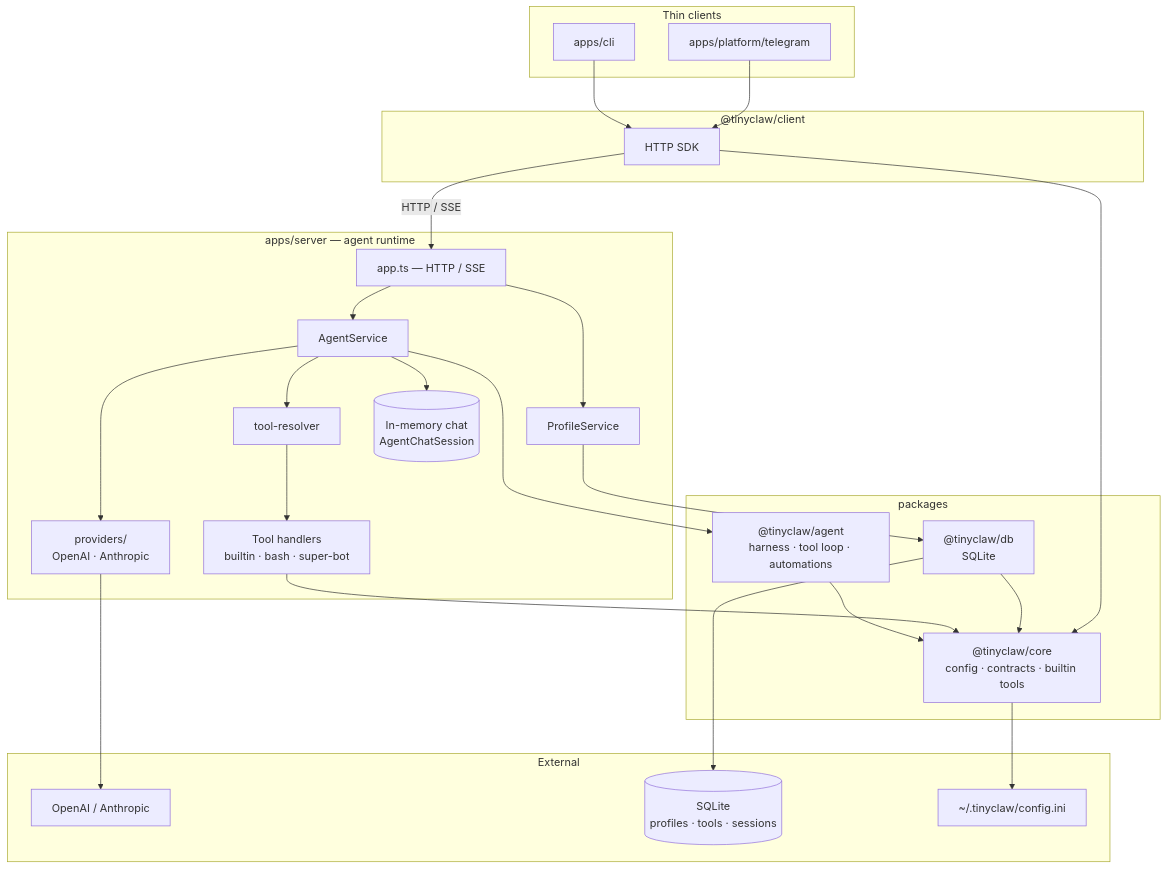
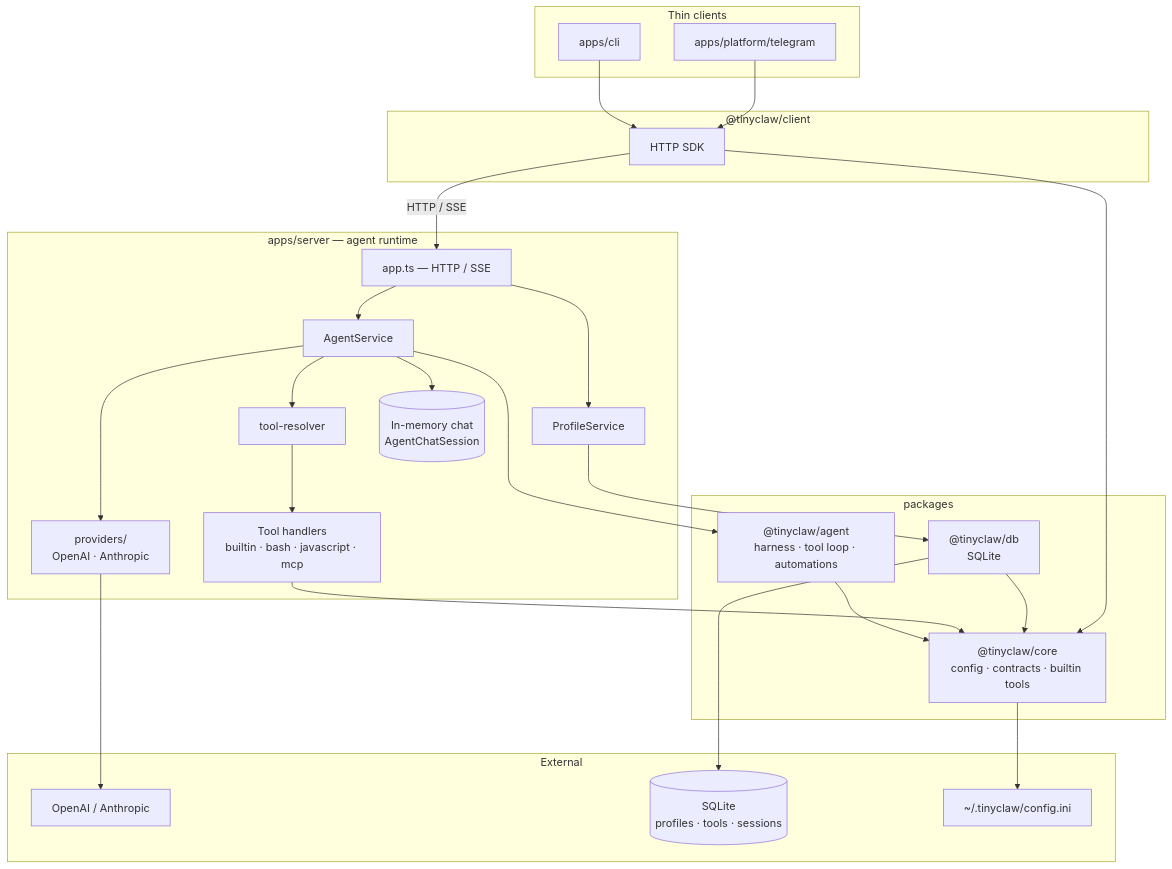
One commit to ahmadrosid/tinyclaw changed the diagram in ARCHITECTURE.md. Above: the diagram before and after it, drawn with Mermaid. The commit also changed other lines of this file and 30 other files, not shown here.

````diff
--- a/ARCHITECTURE.md
+++ b/ARCHITECTURE.md
@@ -9,52 +9,52 @@
 ```mermaid
 flowchart TB
   subgraph clients ["Thin clients"]
     cli["apps/cli"]
     telegram["apps/platform/telegram"]
   end
 
   subgraph sdk ["@tinyclaw/client"]
     httpSdk["HTTP SDK"]
   end
 
   subgraph server ["apps/server — agent runtime"]
     app["app.ts — HTTP / SSE"]
     agentSvc["AgentService"]
     profileSvc["ProfileService"]
     resolver["tool-resolver"]
-    handlers["Tool handlers<br/>builtin · bash · super-bot"]
+    handlers["Tool handlers<br/>builtin · bash · javascript · mcp"]
     providers["providers/<br/>OpenAI · Anthropic"]
     memory[("In-memory chat<br/>AgentChatSession")]
   end
 
   subgraph packages ["packages"]
     core["@tinyclaw/core<br/>config · contracts · builtin tools"]
     agent["@tinyclaw/agent<br/>harness · tool loop · automations"]
     dbPkg["@tinyclaw/db<br/>SQLite"]
   end
 
   subgraph external ["External"]
     llm["OpenAI / Anthropic"]
     sqlite[("SQLite<br/>profiles · tools · sessions")]
     config["~/.tinyclaw/config.ini"]
   end
 
   cli --> httpSdk
   telegram --> httpSdk
   httpSdk -->|"HTTP / SSE"| app
   app --> agentSvc
   app --> profileSvc
   agentSvc --> agent
   agentSvc --> resolver
   resolver --> handlers
   agentSvc --> providers
   agentSvc --> memory
   profileSvc --> dbPkg
   agent --> core
   handlers --> core
   dbPkg --> core
   httpSdk --> core
   providers --> llm
   dbPkg --> sqlite
   core --> config
 ```
````
